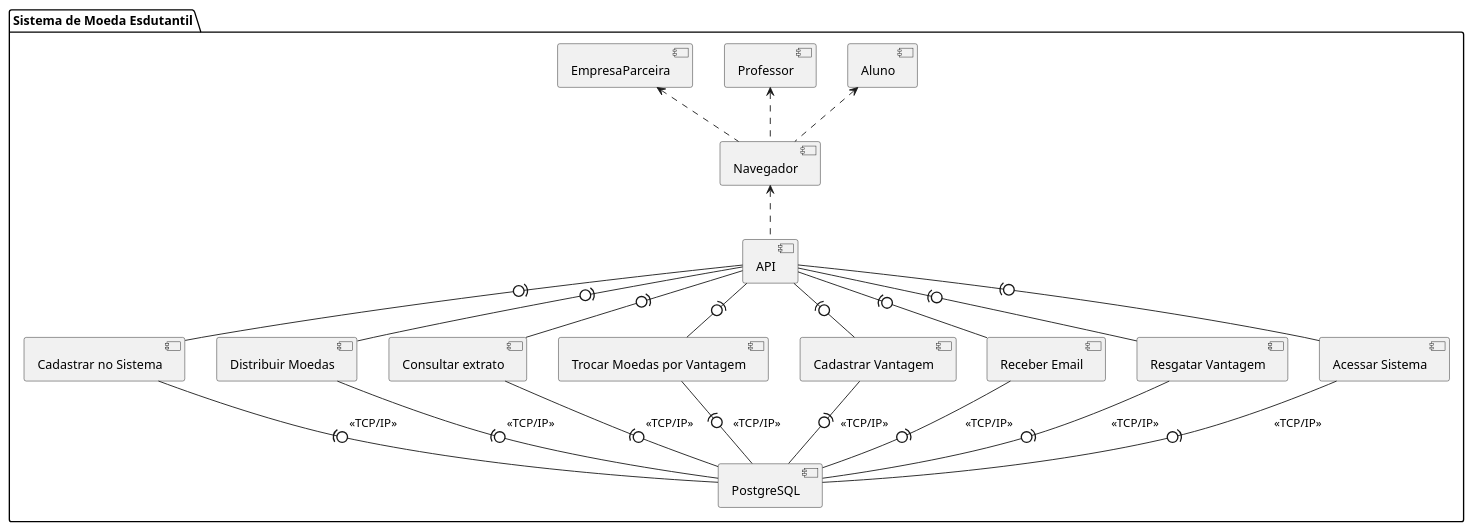
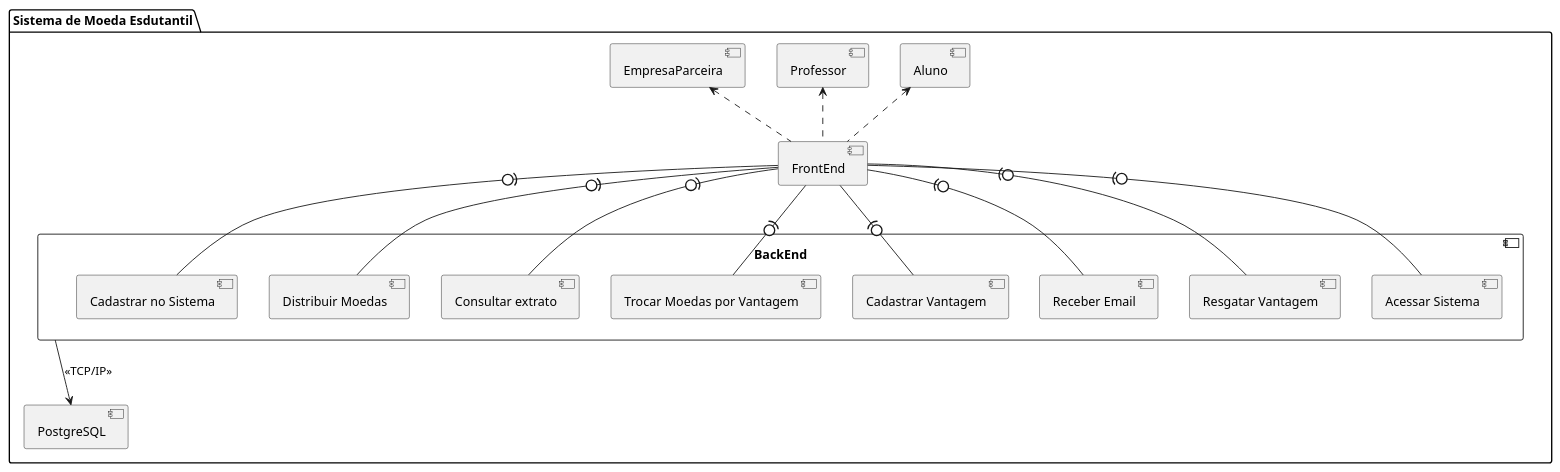
One commit to JoaoYM/Lab03_LDS changed the diagram in projeto/Diagrama de Componentes/Diagrama_de_Componentes.puml. Above: the diagram before and after it, drawn with PlantUML.

```diff
--- a/projeto/Diagrama de Componentes/Diagrama_de_Componentes.puml
+++ b/projeto/Diagrama de Componentes/Diagrama_de_Componentes.puml
@@ -1,29 +1,37 @@
 @startuml
 package "Sistema de Moeda Esdutantil" {
 
-    [Navegador] <.. [API]
+    [Aluno]
+    [Professor]
+    [EmpresaParceira]
+    [FrontEnd]
+    [PostgreSQL]
 
-    [API] -(0- [Cadastrar no Sistema]
-    [API] -(0- [Distribuir Moedas]
-    [API] -(0- [Consultar extrato]
-    [API] -(0- [Trocar Moedas por Vantagem]
-    [API] -(0- [Cadastrar Vantagem]
-    [API] -(0- [Receber Email]
-    [API] -(0- [Resgatar Vantagem]
-    [API] -(0- [Acessar Sistema]
+    component [BackEnd] {
+        [Cadastrar no Sistema]
+        [Distribuir Moedas]
+        [Consultar extrato]
+        [Trocar Moedas por Vantagem]
+        [Cadastrar Vantagem]
+        [Receber Email]
+        [Resgatar Vantagem]
+        [Acessar Sistema]
+    }
 
-    [Cadastrar no Sistema] -(0- [PostgreSQL]:<<TCP/IP>>
-    [Distribuir Moedas] -(0- [PostgreSQL]:<<TCP/IP>>
-    [Consultar extrato] -(0- [PostgreSQL]:<<TCP/IP>>
-    [Trocar Moedas por Vantagem] -(0- [PostgreSQL]:<<TCP/IP>>
-    [Cadastrar Vantagem] -(0- [PostgreSQL]:<<TCP/IP>>
-    [Receber Email] -(0- [PostgreSQL]:<<TCP/IP>>
-    [Resgatar Vantagem] -(0- [PostgreSQL]:<<TCP/IP>>
-    [Acessar Sistema] -(0- [PostgreSQL]:<<TCP/IP>>
+    [FrontEnd] -(0- [Cadastrar no Sistema]
+    [FrontEnd] -(0- [Distribuir Moedas]
+    [FrontEnd] -(0- [Consultar extrato]
+    [FrontEnd] -(0- [Trocar Moedas por Vantagem]
+    [FrontEnd] -(0- [Cadastrar Vantagem]
+    [FrontEnd] -(0- [Receber Email]
+    [FrontEnd] -(0- [Resgatar Vantagem]
+    [FrontEnd] -(0- [Acessar Sistema]
 
-    [Aluno] <.. [Navegador]
-    [Professor] <.. [Navegador]
-    [EmpresaParceira] <.. [Navegador]
+    [BackEnd] --> [PostgreSQL]:<<TCP/IP>>
+
+    [Aluno] <.. [FrontEnd]
+    [Professor] <.. [FrontEnd]
+    [EmpresaParceira] <.. [FrontEnd]
 }
 
 @enduml
```
